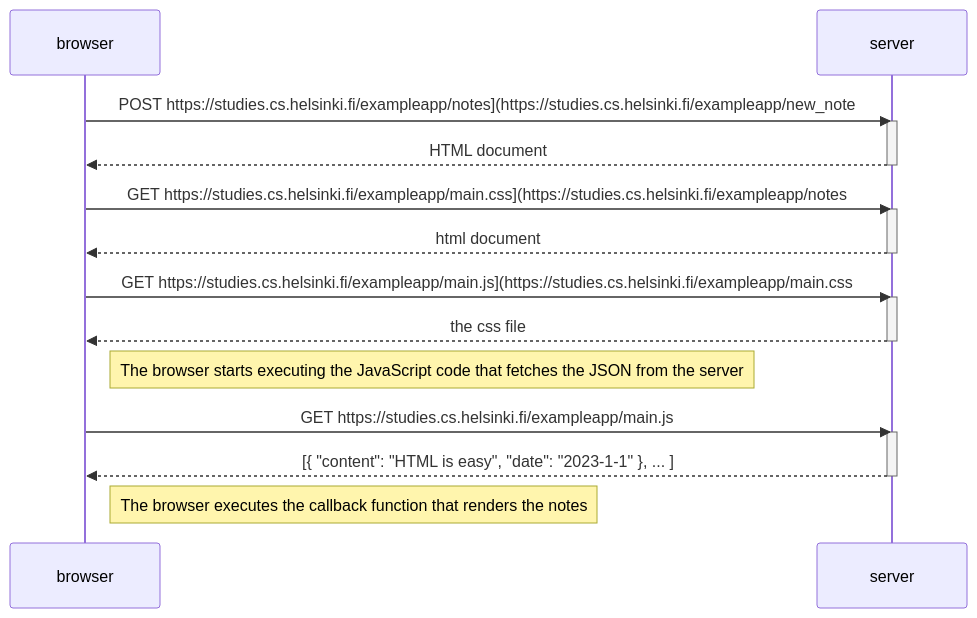
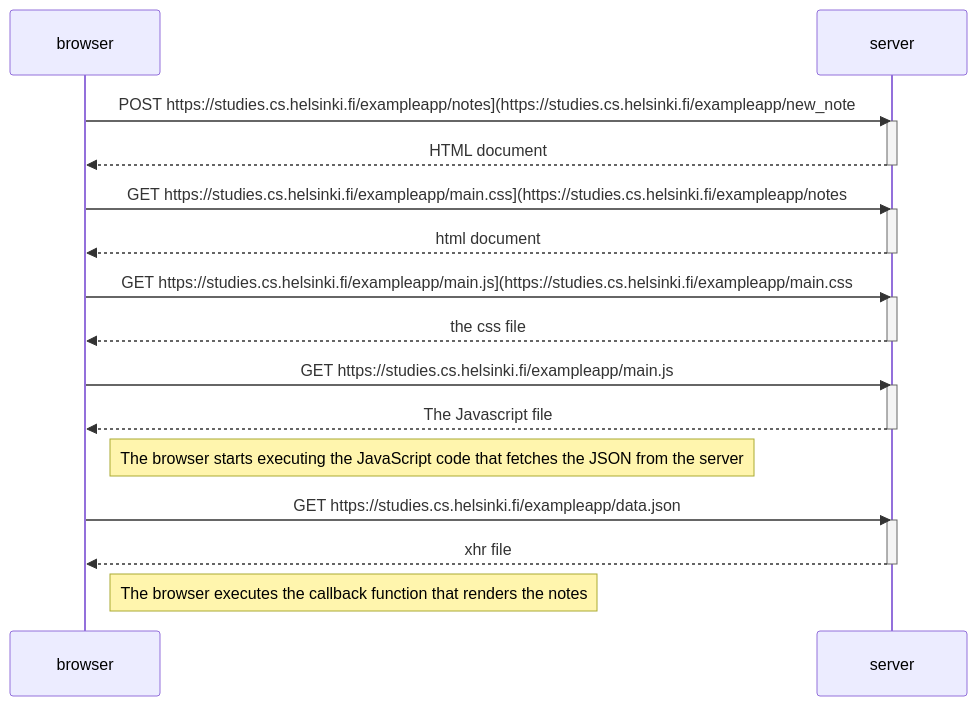
The diagram in README.md (Diefat17/Part0), drawn with Mermaid before and after one commit.

````diff
--- a/README.md
+++ b/README.md
@@ -3,29 +3,36 @@
 ```mermaid
 sequenceDiagram
     participant browser
     participant server
 
     browser->>server: POST https://studies.cs.helsinki.fi/exampleapp/notes](https://studies.cs.helsinki.fi/exampleapp/new_note
     activate server
     server-->>browser: HTML document
     deactivate server
 
     browser->>server: GET https://studies.cs.helsinki.fi/exampleapp/main.css](https://studies.cs.helsinki.fi/exampleapp/notes
     activate server
     server-->>browser: html document
     deactivate server
 
     browser->>server: GET https://studies.cs.helsinki.fi/exampleapp/main.js](https://studies.cs.helsinki.fi/exampleapp/main.css
     activate server
     server-->>browser: the css file
     deactivate server
 
-    Note right of browser: The browser starts executing the JavaScript code that fetches the JSON from the server
+   
 
     browser->>server: GET https://studies.cs.helsinki.fi/exampleapp/main.js
     activate server
-    server-->>browser: [{ "content": "HTML is easy", "date": "2023-1-1" }, ... ]
+    server-->>browser: The Javascript file
+    deactivate server
+
+    Note right of browser: The browser starts executing the JavaScript code that fetches the JSON from the server
+
+    browser->>server: GET https://studies.cs.helsinki.fi/exampleapp/data.json
+    activate server
+    server-->>browser: xhr file
     deactivate server
 
     Note right of browser: The browser executes the callback function that renders the notes
 ```
````
